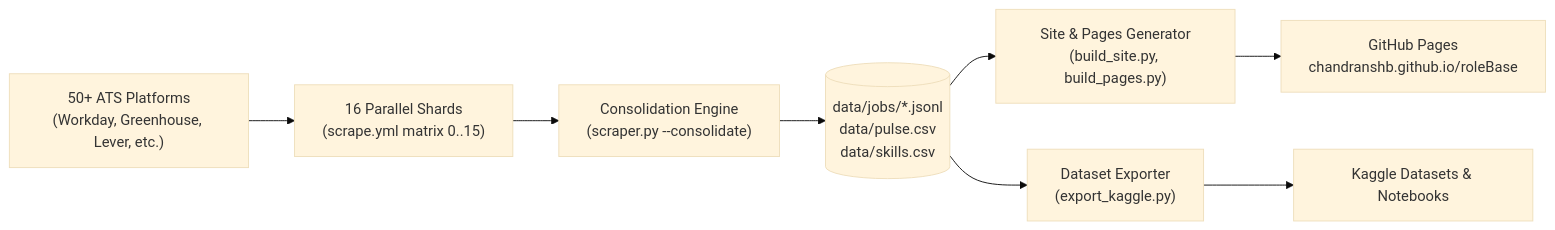
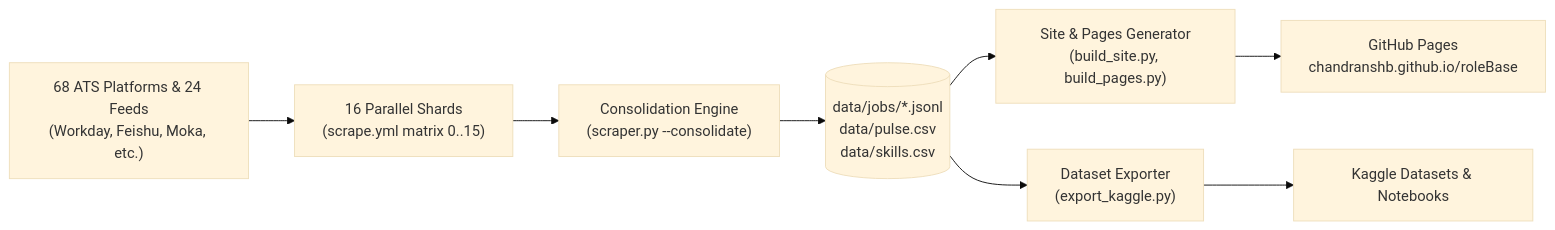
The diagram in README.md (chandranshB/roleBase), drawn with Mermaid (base theme) before and after one commit. The commit also changed other lines of this file and 31 other files, not shown here.

First line of the commit message:
feat(crawlers): integrate 10 new ATS platforms and 3 regional feeds (68 ATS total)

````diff
--- a/README.md
+++ b/README.md
@@ -107,10 +108,10 @@
 ```mermaid
 flowchart LR
-    A["50+ ATS Platforms<br/>(Workday, Greenhouse, Lever, etc.)"] --> B["16 Parallel Shards<br/>(scrape.yml matrix 0..15)"]
+    A["68 ATS Platforms & 24 Feeds<br/>(Workday, Feishu, Moka, etc.)"] --> B["16 Parallel Shards<br/>(scrape.yml matrix 0..15)"]
     B --> C["Consolidation Engine<br/>(scraper.py --consolidate)"]
     C --> D[("data/jobs/*.jsonl<br/>data/pulse.csv<br/>data/skills.csv")]
     D --> E["Site & Pages Generator<br/>(build_site.py, build_pages.py)"]
     D --> F["Dataset Exporter<br/>(export_kaggle.py)"]
     E --> G["GitHub Pages<br/>chandranshb.github.io/roleBase"]
     F --> H["Kaggle Datasets & Notebooks"]
 ```
````
